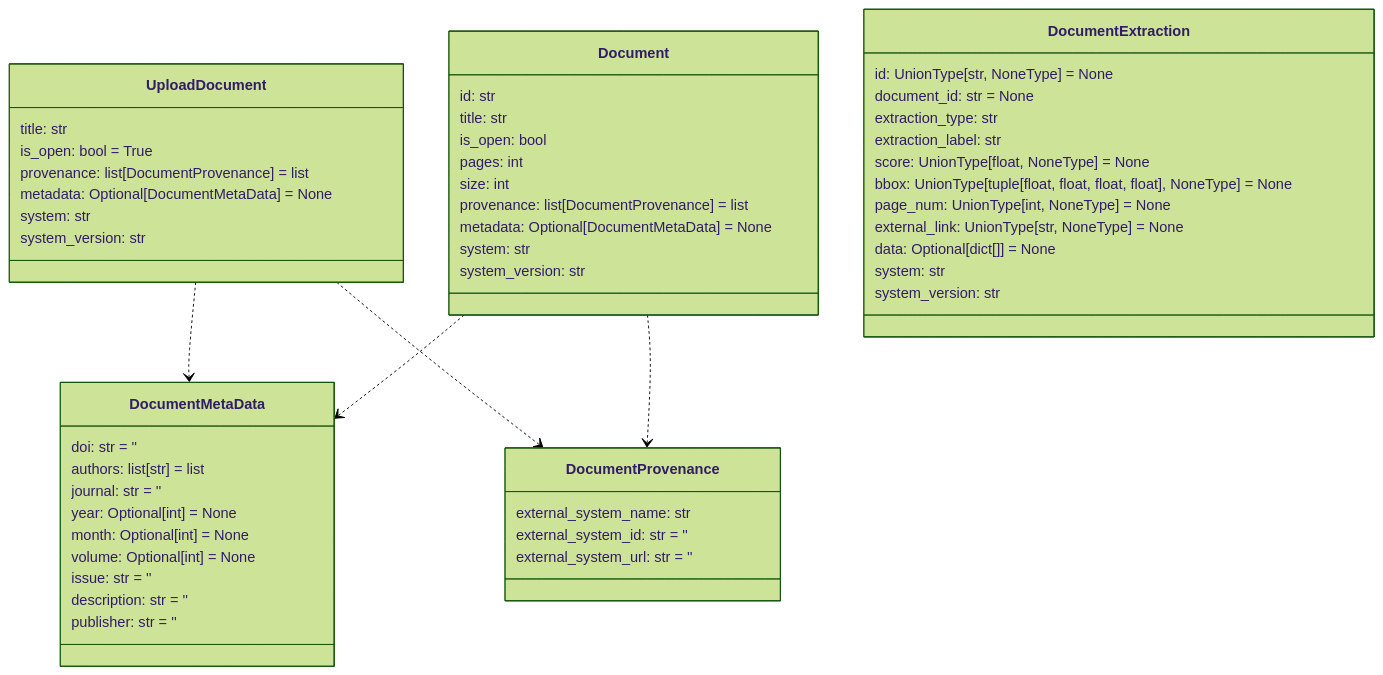
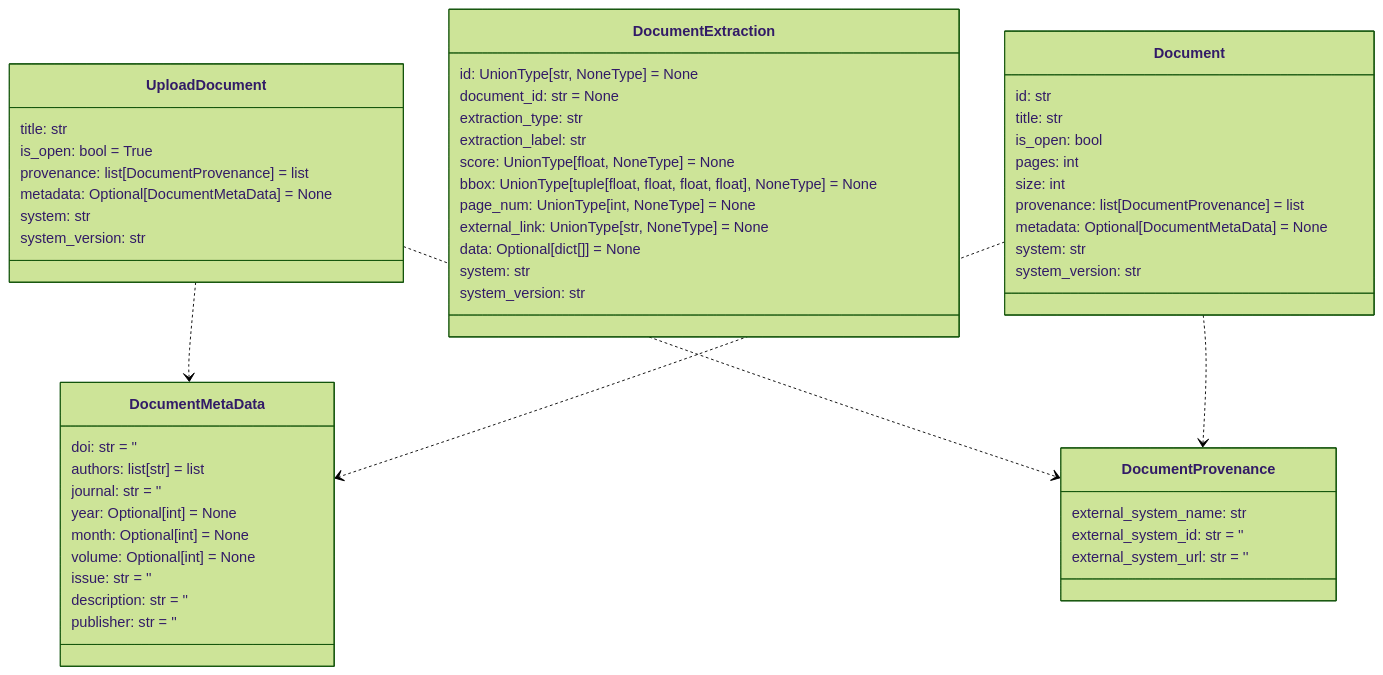
The ninth of 14 diagrams in README.md (DARPA-CRITICALMAAS/cdr_schemas), drawn with Mermaid (forest theme) before and after one commit. The commit also changed other lines of this file and 1 other file, not shown here.

````diff
--- a/README.md
+++ b/README.md
@@ -694,63 +694,63 @@
 ```mermaid
 classDiagram
-
-    class Document {
-        id: str
-        title: str
-        is_open: bool
-        pages: int
-        size: int
-        provenance: list[DocumentProvenance] = list
-        metadata: Optional[DocumentMetaData] = None
-        system: str
-        system_version: str
-    }
-
-    class DocumentProvenance {
-        external_system_name: str
-        external_system_id: str = ''
-        external_system_url: str = ''
-    }
-
-    class UploadDocument {
-        title: str
-        is_open: bool = True
-        provenance: list[DocumentProvenance] = list
-        metadata: Optional[DocumentMetaData] = None
-        system: str
-        system_version: str
-    }
 
     class DocumentMetaData {
         doi: str = ''
         authors: list[str] = list
         journal: str = ''
         year: Optional[int] = None
         month: Optional[int] = None
         volume: Optional[int] = None
         issue: str = ''
         description: str = ''
         publisher: str = ''
+    }
+
+    class UploadDocument {
+        title: str
+        is_open: bool = True
+        provenance: list[DocumentProvenance] = list
+        metadata: Optional[DocumentMetaData] = None
+        system: str
+        system_version: str
     }
 
     class DocumentExtraction {
         id: UnionType[str, NoneType] = None
         document_id: str = None
         extraction_type: str
         extraction_label: str
         score: UnionType[float, NoneType] = None
         bbox: UnionType[tuple[float, float, float, float], NoneType] = None
         page_num: UnionType[int, NoneType] = None
         external_link: UnionType[str, NoneType] = None
         data: Optional[dict[]] = None
         system: str
         system_version: str
     }
 
+    class DocumentProvenance {
+        external_system_name: str
+        external_system_id: str = ''
+        external_system_url: str = ''
+    }
+
+    class Document {
+        id: str
+        title: str
+        is_open: bool
+        pages: int
+        size: int
+        provenance: list[DocumentProvenance] = list
+        metadata: Optional[DocumentMetaData] = None
+        system: str
+        system_version: str
+    }
+
     UploadDocument ..> DocumentMetaData
     UploadDocument ..> DocumentProvenance
     Document ..> DocumentMetaData
     Document ..> DocumentProvenance
 
 
 ```
````
